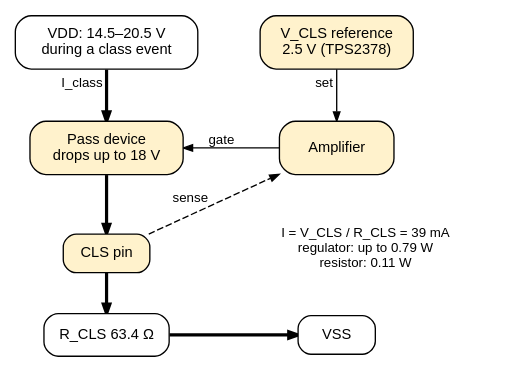
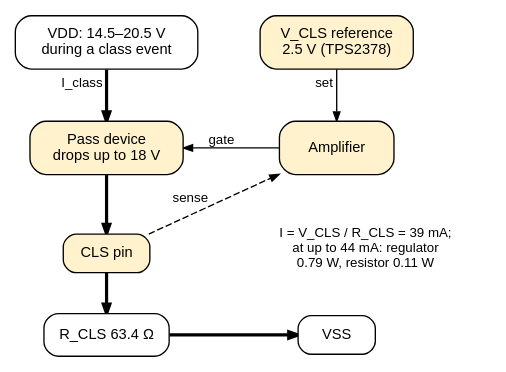
The diagram in docs/power/poe/class-regulator.dot (mithro/evampire), drawn with Graphviz before and after one commit. The commit also changed 11 other files, not shown here.

```diff
--- a/docs/power/poe/class-regulator.dot
+++ b/docs/power/poe/class-regulator.dot
@@ -1,39 +1,39 @@
 // The class current regulator of a powered device: an amplifier and pass
 // device hold V_CLS across the class resistor, so the resistor sets the
 // current. Values from powered-device.rst and pd-controller.rst (TPS2378
 // and LT4275 as reference examples).
 //
 // Fill colours: power circuits #fff2cc, external parts #ffffff. Bold
 // edges carry the class current. Fixed grid (positions in inches).
 //
 // SPDX-License-Identifier: Apache-2.0
 
 digraph class_regulator {
     graph [layout=neato, splines=false, overlap=true, outputorder=edgesfirst,
            fontname="Helvetica"];
     node  [shape=box, style="rounded,filled", fillcolor="#fff2cc",
            fontname="Helvetica", fontsize=11, width=1.7, height=0.55,
            fixedsize=true];
     edge  [fontname="Helvetica", fontsize=10, arrowsize=0.7];
 
     vdd  [pos="1.2,3.4!", label="VDD: 14.5–20.5 V\nduring a class event", width=1.9,
           fillcolor="#ffffff"];
     pass [pos="1.2,2.3!", label="Pass device\ndrops up to 18 V", width=1.6];
     amp  [pos="3.6,2.3!", label="Amplifier", width=1.2];
     ref  [pos="3.6,3.4!", label="V_CLS reference\n2.5 V (TPS2378)", width=1.6];
     cls  [pos="1.2,1.2!", label="CLS pin", width=0.9, height=0.4];
     rcls [pos="1.2,0.35!", label="R_CLS 63.4 Ω", width=1.3, height=0.45,
           fillcolor="#ffffff"];
     vss  [pos="3.6,0.35!", label="VSS", width=0.8, height=0.4,
           fillcolor="#ffffff"];
 
     vdd  -> pass [penwidth=2.4, label=" I_class"];
     pass -> cls  [penwidth=2.4];
     cls  -> rcls [penwidth=2.4];
     rcls -> vss  [penwidth=2.4];
     ref  -> amp  [label=" set"];
     cls  -> amp  [style=dashed, label="sense"];
     amp  -> pass [label="gate"];
     n [pos="3.9,1.25!", shape=plaintext, style="", width=2.6, height=0.55,
-       fontsize=10, label="I = V_CLS / R_CLS = 39 mA\nregulator: up to 0.79 W\nresistor: 0.11 W"];
+       fontsize=10, label="I = V_CLS / R_CLS = 39 mA;\nat up to 44 mA: regulator\n0.79 W, resistor 0.11 W"];
 }
```
